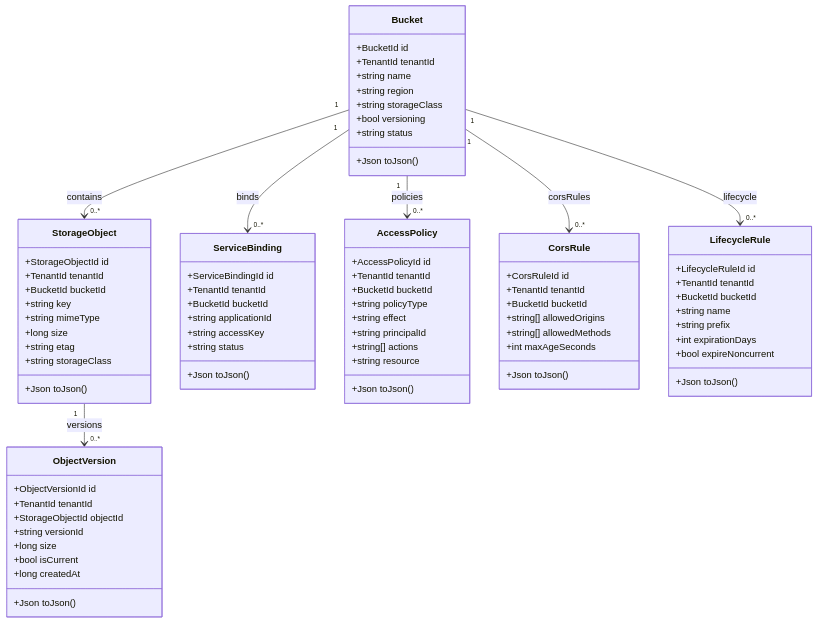
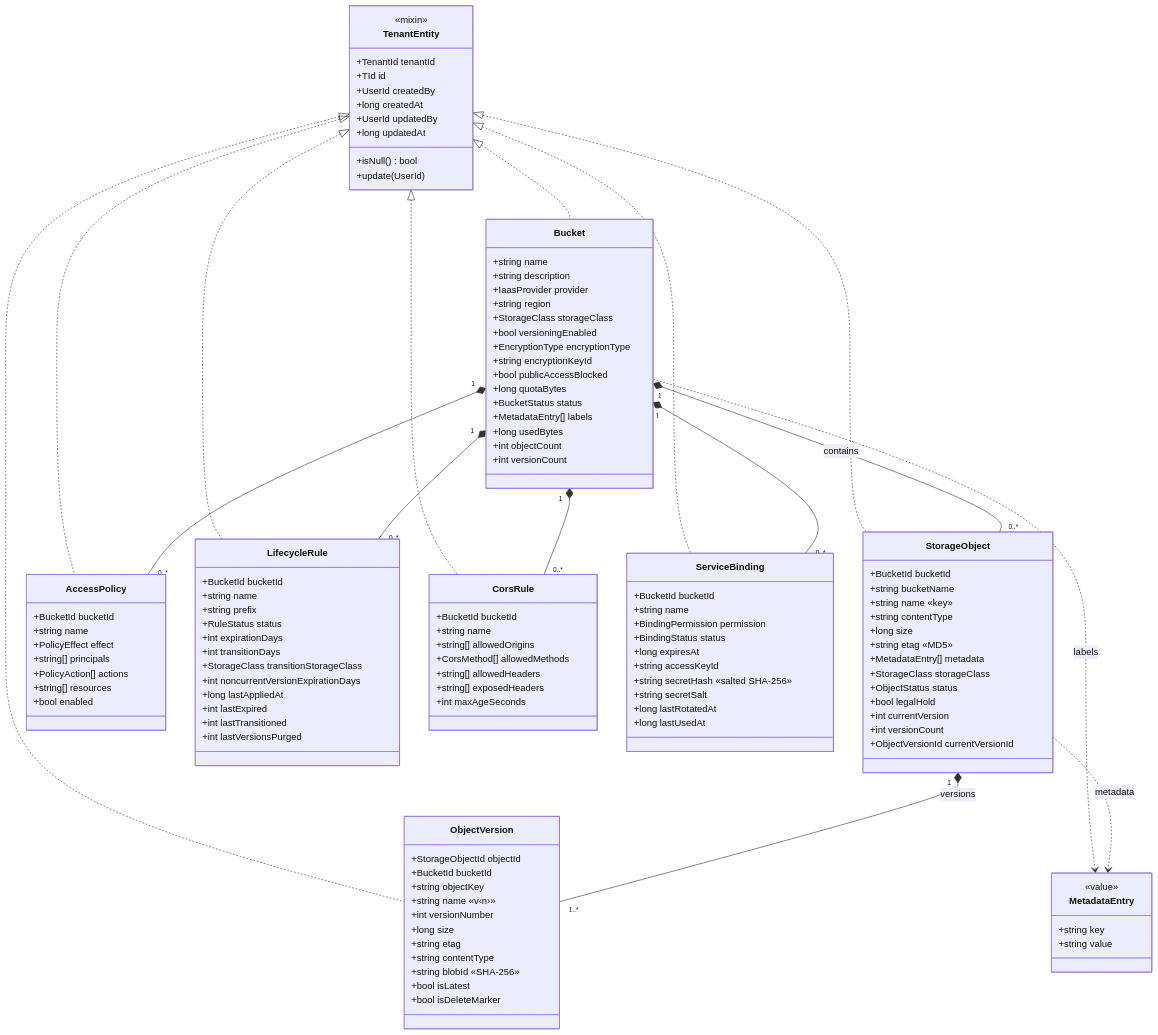
One commit to UIMSolutions/uim-platform changed the first of 15 diagrams in object-store/UML.md. Above: the diagram before and after it, drawn with Mermaid. The commit also changed other lines of this file and 71 other files, not shown here.

````diff
--- a/object-store/UML.md
+++ b/object-store/UML.md
@@ -10,80 +8,133 @@
 ```mermaid
 classDiagram
-    class Bucket {
-        +BucketId id
-        +TenantId tenantId
-        +string name
-        +string region
-        +string storageClass
-        +bool versioning
-        +string status
-        +Json toJson()
-    }
-    class StorageObject {
-        +StorageObjectId id
-        +TenantId tenantId
-        +BucketId bucketId
-        +string key
-        +string mimeType
-        +long size
-        +string etag
-        +string storageClass
-        +Json toJson()
-    }
-    class ObjectVersion {
-        +ObjectVersionId id
-        +TenantId tenantId
-        +StorageObjectId objectId
-        +string versionId
-        +long size
-        +bool isCurrent
-        +long createdAt
-        +Json toJson()
-    }
-    class ServiceBinding {
-        +ServiceBindingId id
-        +TenantId tenantId
-        +BucketId bucketId
-        +string applicationId
-        +string accessKey
-        +string status
-        +Json toJson()
-    }
-    class AccessPolicy {
-        +AccessPolicyId id
-        +TenantId tenantId
-        +BucketId bucketId
-        +string policyType
-        +string effect
-        +string principalId
-        +string[] actions
-        +string resource
-        +Json toJson()
-    }
-    class CorsRule {
-        +CorsRuleId id
-        +TenantId tenantId
-        +BucketId bucketId
-        +string[] allowedOrigins
-        +string[] allowedMethods
-        +int maxAgeSeconds
-        +Json toJson()
-    }
-    class LifecycleRule {
-        +LifecycleRuleId id
-        +TenantId tenantId
-        +BucketId bucketId
-        +string name
-        +string prefix
-        +int expirationDays
-        +bool expireNoncurrent
-        +Json toJson()
-    }
+  class TenantEntity {
+    <<mixin>>
+    +TenantId tenantId
+    +TId id
+    +UserId createdBy
+    +long createdAt
+    +UserId updatedBy
+    +long updatedAt
+    +isNull() bool
+    +update(UserId)
+  }
 
-    Bucket "1" --> "0..*" StorageObject : contains
-    Bucket "1" --> "0..*" ServiceBinding : binds
-    Bucket "1" --> "0..*" AccessPolicy : policies
-    Bucket "1" --> "0..*" CorsRule : corsRules
-    Bucket "1" --> "0..*" LifecycleRule : lifecycle
-    StorageObject "1" --> "0..*" ObjectVersion : versions
+  class Bucket {
+    +string name
+    +string description
+    +IaasProvider provider
+    +string region
+    +StorageClass storageClass
+    +bool versioningEnabled
+    +EncryptionType encryptionType
+    +string encryptionKeyId
+    +bool publicAccessBlocked
+    +long quotaBytes
+    +BucketStatus status
+    +MetadataEntry[] labels
+    +long usedBytes
+    +int objectCount
+    +int versionCount
+  }
+
+  class StorageObject {
+    +BucketId bucketId
+    +string bucketName
+    +string name «key»
+    +string contentType
+    +long size
+    +string etag «MD5»
+    +MetadataEntry[] metadata
+    +StorageClass storageClass
+    +ObjectStatus status
+    +bool legalHold
+    +int currentVersion
+    +int versionCount
+    +ObjectVersionId currentVersionId
+  }
+
+  class ObjectVersion {
+    +StorageObjectId objectId
+    +BucketId bucketId
+    +string objectKey
+    +string name «v‹n›»
+    +int versionNumber
+    +long size
+    +string etag
+    +string contentType
+    +string blobId «SHA-256»
+    +bool isLatest
+    +bool isDeleteMarker
+  }
+
+  class AccessPolicy {
+    +BucketId bucketId
+    +string name
+    +PolicyEffect effect
+    +string[] principals
+    +PolicyAction[] actions
+    +string[] resources
+    +bool enabled
+  }
+
+  class LifecycleRule {
+    +BucketId bucketId
+    +string name
+    +string prefix
+    +RuleStatus status
+    +int expirationDays
+    +int transitionDays
+    +StorageClass transitionStorageClass
+    +int noncurrentVersionExpirationDays
+    +long lastAppliedAt
+    +int lastExpired
+    +int lastTransitioned
+    +int lastVersionsPurged
+  }
+
+  class CorsRule {
+    +BucketId bucketId
+    +string name
+    +string[] allowedOrigins
+    +CorsMethod[] allowedMethods
+    +string[] allowedHeaders
+    +string[] exposedHeaders
+    +int maxAgeSeconds
+  }
+
+  class ServiceBinding {
+    +BucketId bucketId
+    +string name
+    +BindingPermission permission
+    +BindingStatus status
+    +long expiresAt
+    +string accessKeyId
+    +string secretHash «salted SHA-256»
+    +string secretSalt
+    +long lastRotatedAt
+    +long lastUsedAt
+  }
+
+  class MetadataEntry {
+    <<value>>
+    +string key
+    +string value
+  }
+
+  TenantEntity <|.. Bucket
+  TenantEntity <|.. StorageObject
+  TenantEntity <|.. ObjectVersion
+  TenantEntity <|.. AccessPolicy
+  TenantEntity <|.. LifecycleRule
+  TenantEntity <|.. CorsRule
+  TenantEntity <|.. ServiceBinding
+
+  Bucket "1" *-- "0..*" StorageObject : contains
+  StorageObject "1" *-- "1..*" ObjectVersion : versions
+  Bucket "1" *-- "0..*" AccessPolicy
+  Bucket "1" *-- "0..*" LifecycleRule
+  Bucket "1" *-- "0..*" CorsRule
+  Bucket "1" *-- "0..*" ServiceBinding
+  Bucket ..> MetadataEntry : labels
+  StorageObject ..> MetadataEntry : metadata
 ```
````
